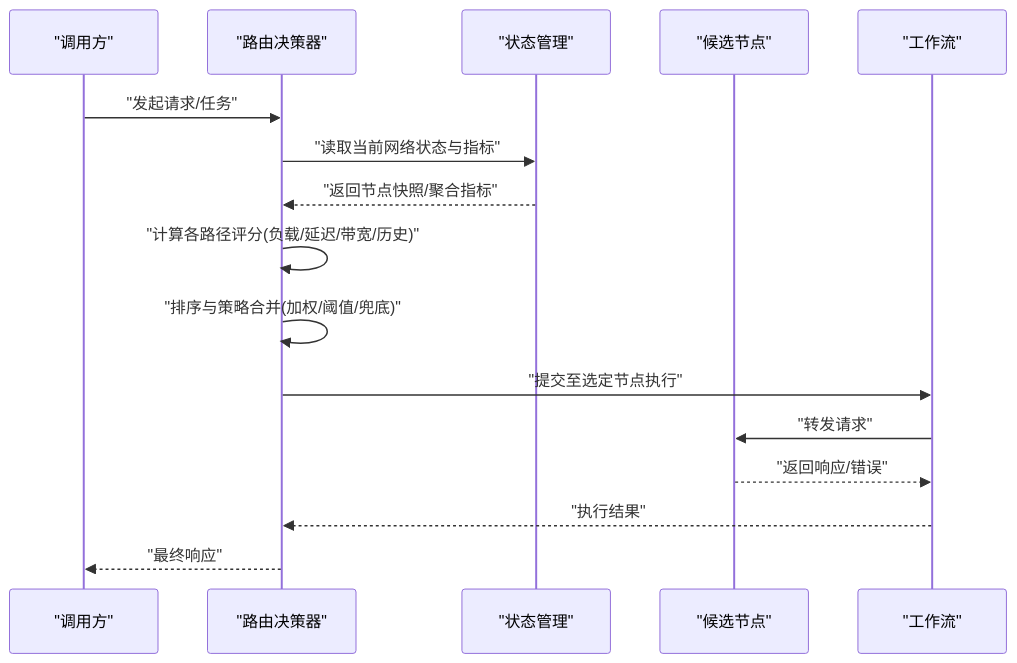
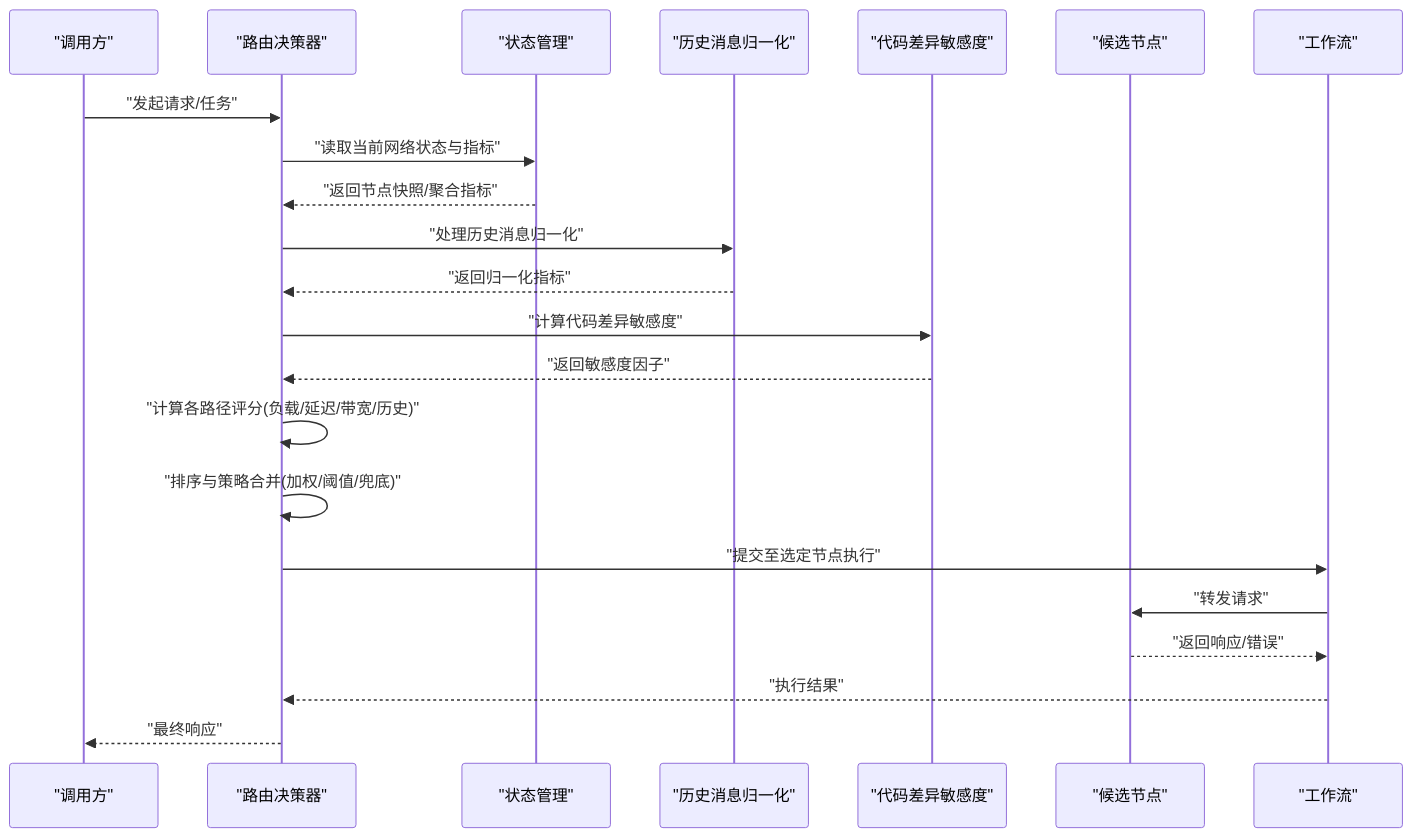
Before and after one commit to QuStarry/VIB-SparseCommunication: the second of 6 diagrams in .qoder/repowiki/zh/content/VIB稀疏通信核心/路由决策机制.md, drawn with Mermaid. The commit also changed other lines of this file and 31 other files, not shown here.

````diff
--- a/.qoder/repowiki/zh/content/VIB稀疏通信核心/路由决策机制.md
+++ b/.qoder/repowiki/zh/content/VIB稀疏通信核心/路由决策机制.md
@@ -81,18 +95,24 @@
 ```mermaid
 sequenceDiagram
 participant App as "调用方"
 participant Router as "路由决策器"
 participant State as "状态管理"
+participant Norm as "历史消息归一化"
+participant Sens as "代码差异敏感度"
 participant Nodes as "候选节点"
 participant WF as "工作流"
 App->>Router : "发起请求/任务"
 Router->>State : "读取当前网络状态与指标"
 State-->>Router : "返回节点快照/聚合指标"
+Router->>Norm : "处理历史消息归一化"
+Norm-->>Router : "返回归一化指标"
+Router->>Sens : "计算代码差异敏感度"
+Sens-->>Router : "返回敏感度因子"
 Router->>Router : "计算各路径评分(负载/延迟/带宽/历史)"
 Router->>Router : "排序与策略合并(加权/阈值/兜底)"
 Router->>WF : "提交至选定节点执行"
 WF->>Nodes : "转发请求"
 Nodes-->>WF : "返回响应/错误"
 WF-->>Router : "执行结果"
 Router-->>App : "最终响应"
 ```
````
